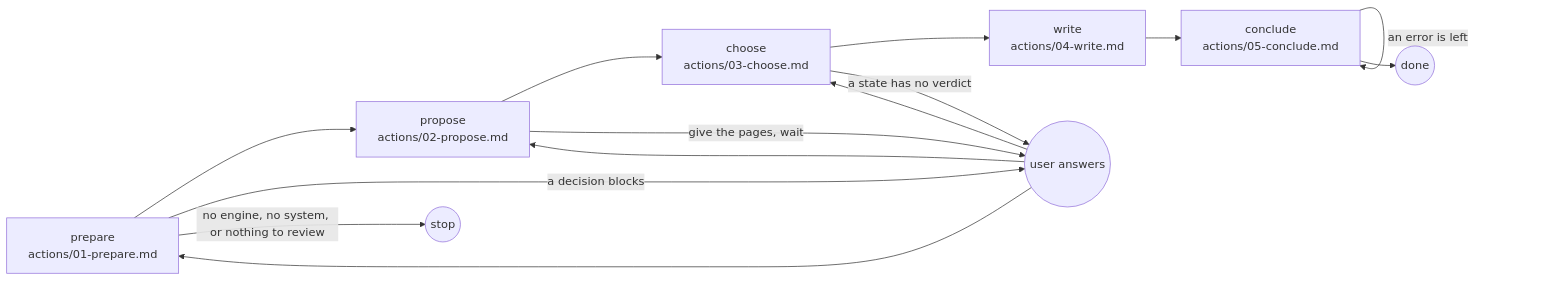
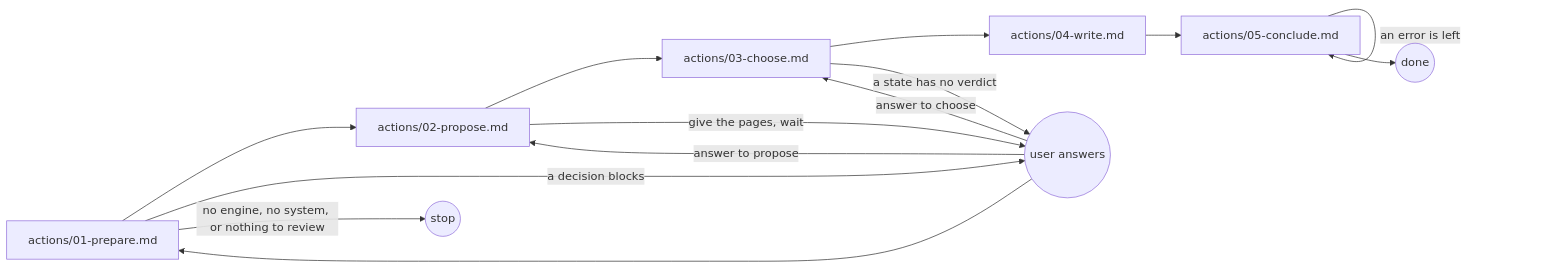
The diagram in plugins/aidd-ui/skills/06-review/SKILL.md (ai-driven-dev/framework), drawn with Mermaid before and after one commit. The commit also changed other lines of this file and 24 other files, not shown here.

````diff
--- a/plugins/aidd-ui/skills/06-review/SKILL.md
+++ b/plugins/aidd-ui/skills/06-review/SKILL.md
@@ -10,16 +8,16 @@
 ```mermaid
 flowchart LR
-  prepare["prepare<br>actions/01-prepare.md"] --> propose["propose<br>actions/02-propose.md"]
-  propose --> choose["choose<br>actions/03-choose.md"]
-  choose --> write["write<br>actions/04-write.md"]
-  write --> conclude["conclude<br>actions/05-conclude.md"]
+  prepare["actions/01-prepare.md"] --> propose["actions/02-propose.md"]
+  propose --> choose["actions/03-choose.md"]
+  choose --> write["actions/04-write.md"]
+  write --> conclude["actions/05-conclude.md"]
   prepare -->|"a decision blocks"| user((user answers))
   propose -->|"give the pages, wait"| user
   choose -->|"a state has no verdict"| user
   user --> prepare
-  user --> propose
-  user --> choose
+  user -->|"answer to propose"| propose
+  user -->|"answer to choose"| choose
   conclude -->|"an error is left"| conclude
   conclude --> done((done))
   prepare -->|"no engine, no system, or nothing to review"| stop((stop))
 ```
````
